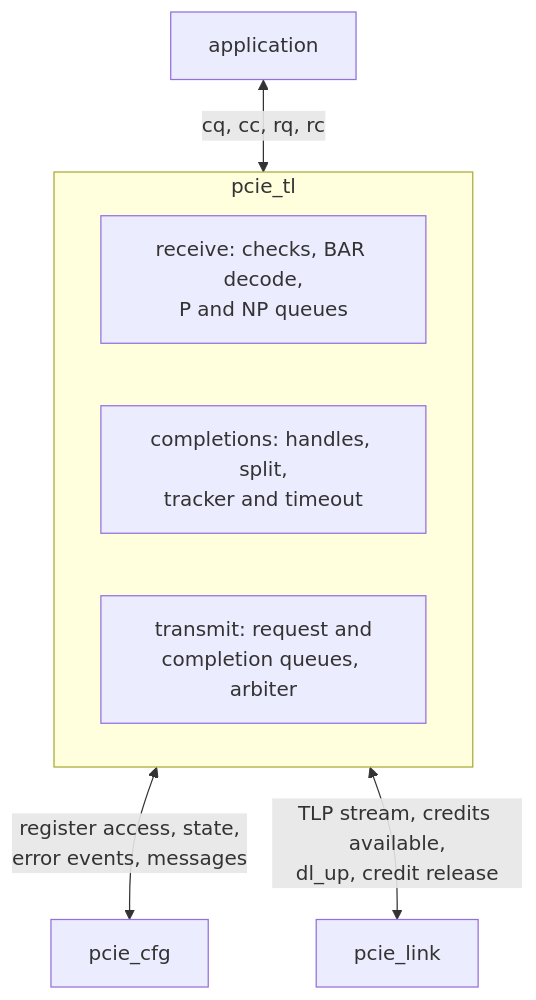
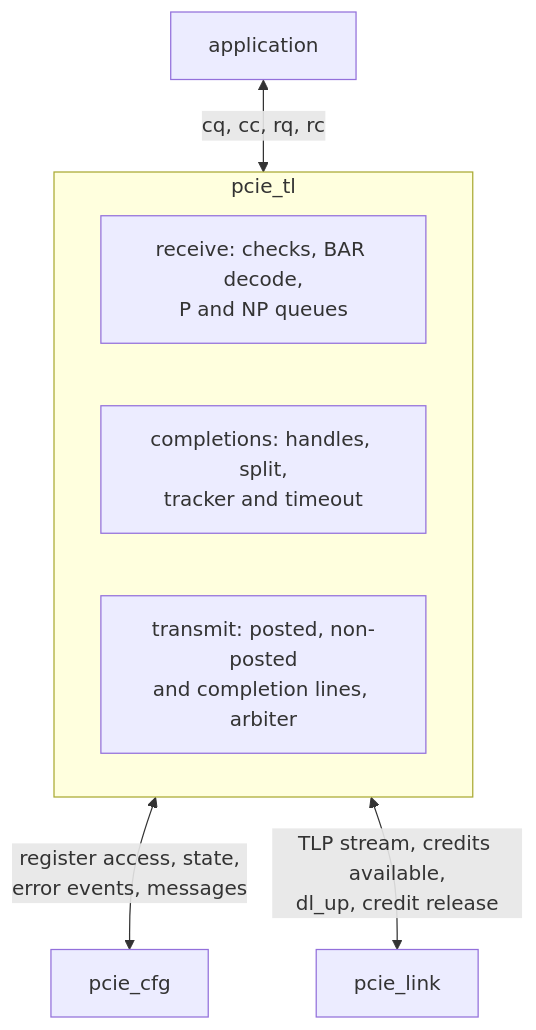
The diagram in wiki/src/arch/tl/HAS.md (amichai-bd/pcie-factory), drawn with Mermaid before and after one commit. The commit also changed other lines of this file and 7 other files, not shown here.

First line of the commit message:
wiki: tl transmit posted line passes waiting non-posted

````diff
--- a/wiki/src/arch/tl/HAS.md
+++ b/wiki/src/arch/tl/HAS.md
@@ -29,11 +29,11 @@
 ```mermaid
 flowchart TB
   app["application"] <-- "cq, cc, rq, rc" --> tl
   subgraph tl["pcie_tl"]
     rx["receive: checks, BAR decode,<br/>P and NP queues"]
     cpl["completions: handles, split,<br/>tracker and timeout"]
-    tx["transmit: request and<br/>completion queues, arbiter"]
+    tx["transmit: posted, non-posted<br/>and completion lines, arbiter"]
   end
   tl <-- "register access, state,<br/>error events, messages" --> cfg["pcie_cfg"]
   tl <-- "TLP stream, credits available,<br/>dl_up, credit release" --> link["pcie_link"]
 ```
````
